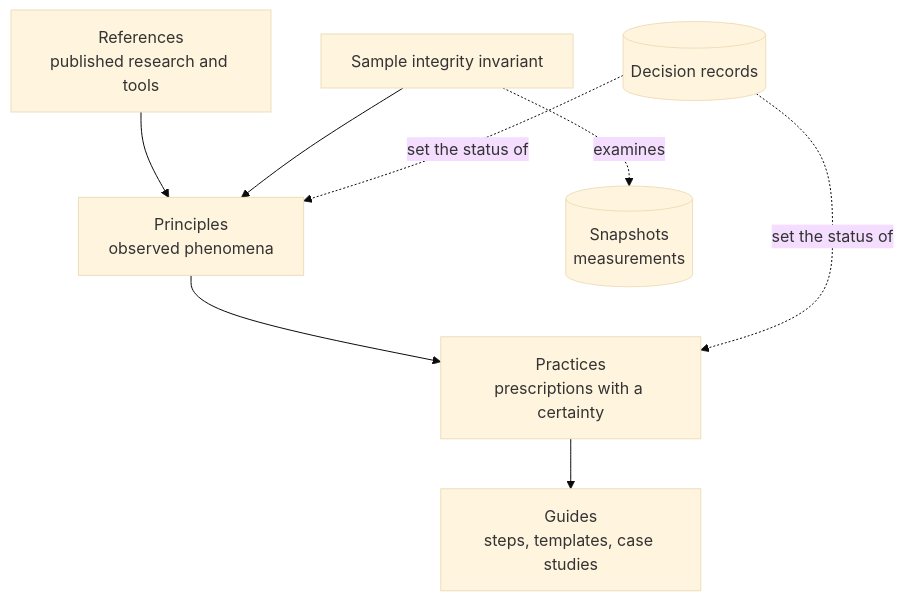
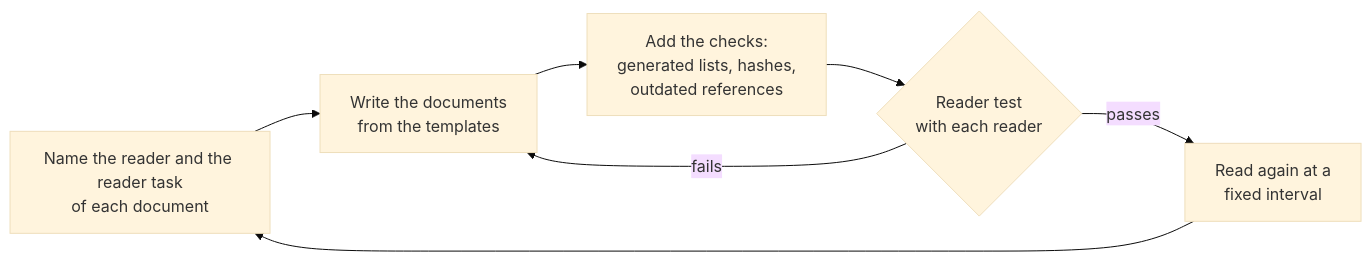
One commit to dalsoop/stable-agent-documentation-guidebook changed the first of 2 diagrams in README.md. Above: the diagram before and after it, drawn with Mermaid (base theme). The commit also changed other lines of this file and 8 other files, not shown here.

First line of the commit message:
Name the reader of each document and test the document with that reader

````diff
--- a/README.md
+++ b/README.md
@@ -7,10 +16,9 @@
 ```mermaid
-flowchart TB
-  REF["References<br/>published research and tools"] --> P
-  INV["Sample integrity invariant"] --> P["Principles<br/>observed phenomena"]
-  P --> R["Practices<br/>prescriptions with a certainty"]
-  R --> G["Guides<br/>steps, templates, case studies"]
-  DEC[("Decision records")] -.->|set the status of| P
-  DEC -.->|set the status of| R
-  INV -.->|examines| SNAP[("Snapshots<br/>measurements")]
+flowchart LR
+  A["Name the reader and the reader task<br/>of each document"] --> B["Write the documents<br/>from the templates"]
+  B --> C["Add the checks:<br/>generated lists, hashes,<br/>outdated references"]
+  C --> D{"Reader test<br/>with each reader"}
+  D -->|fails| B
+  D -->|passes| E["Read again at a<br/>fixed interval"]
+  E --> A
 ```
````
